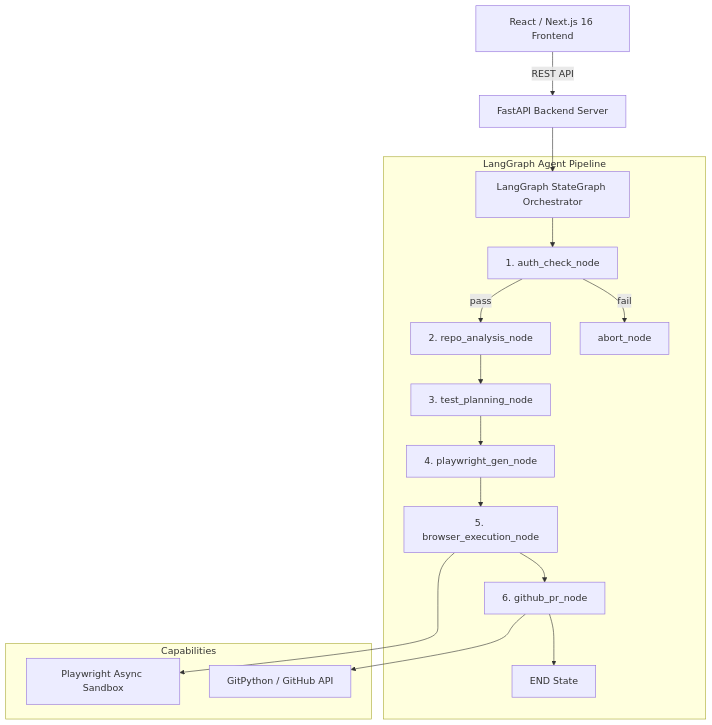
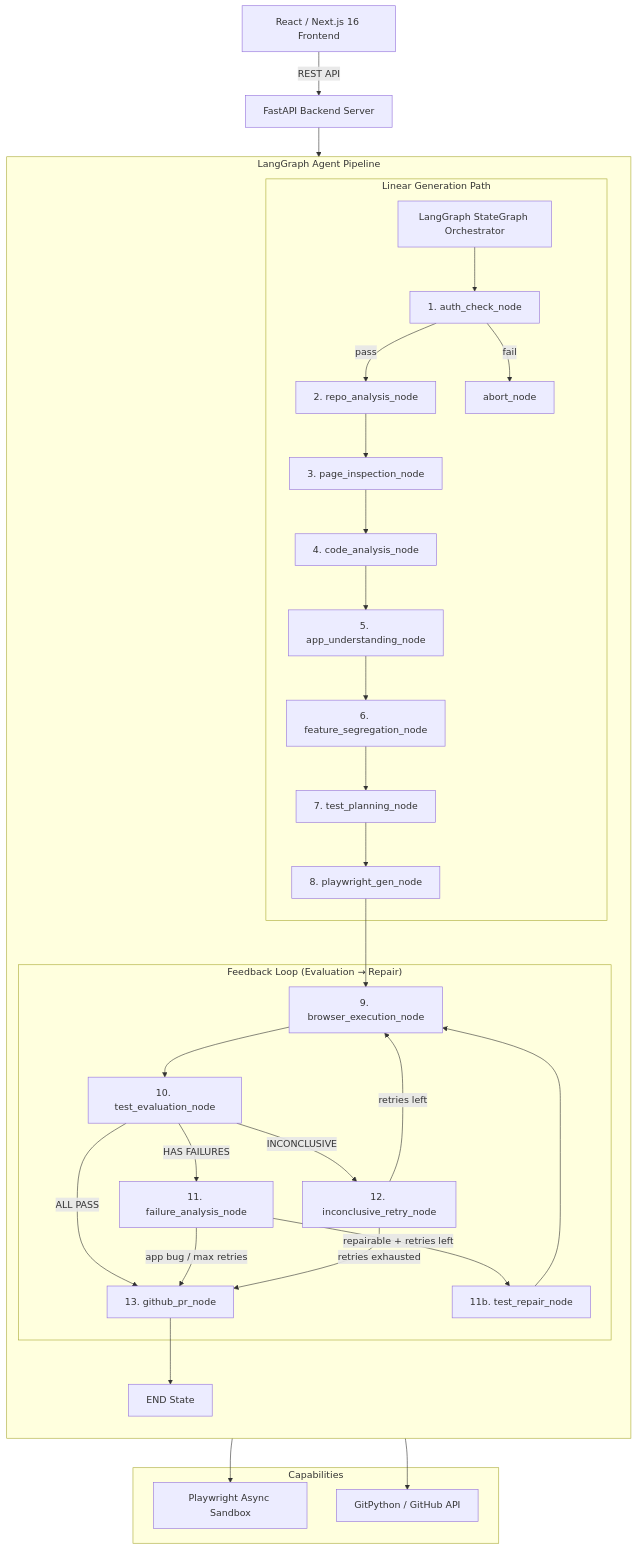
Before and after one commit to suriyaprakash500/Testpilot-AI: the diagram in docs/architecture.md, drawn with Mermaid. The commit also changed other lines of this file and 13 other files, not shown here.

Commit message:
feat(graph): refactor pipeline to feedback-loop agentic architecture with test repair and evaluation

````diff
--- a/docs/architecture.md
+++ b/docs/architecture.md
@@ -38,21 +46,40 @@
 ```mermaid
 flowchart TD
     FE["React / Next.js 16 Frontend"] -->|REST API| API["FastAPI Backend Server"]
     API --> GRAPH["LangGraph StateGraph Orchestrator"]
 
     subgraph Pipeline["LangGraph Agent Pipeline"]
-        GRAPH --> AUTH["1. auth_check_node"]
-        AUTH -->|pass| REPO["2. repo_analysis_node"]
-        AUTH -->|fail| ABORT["abort_node"]
-        REPO --> PLAN["3. test_planning_node"]
-        PLAN --> GEN["4. playwright_gen_node"]
-        GEN --> EXEC["5. browser_execution_node"]
-        EXEC --> PR["6. github_pr_node"]
+        direction TB
+        subgraph Linear["Linear Generation Path"]
+            GRAPH --> AUTH["1. auth_check_node"]
+            AUTH -->|pass| REPO["2. repo_analysis_node"]
+            AUTH -->|fail| ABORT["abort_node"]
+            REPO --> INSP["3. page_inspection_node"]
+            INSP --> CODE["4. code_analysis_node"]
+            CODE --> UNDER["5. app_understanding_node"]
+            UNDER --> SEG["6. feature_segregation_node"]
+            SEG --> PLAN["7. test_planning_node"]
+            PLAN --> GEN["8. playwright_gen_node"]
+        end
+
+        subgraph Feedback["Feedback Loop (Evaluation → Repair)"]
+            GEN --> EXEC["9. browser_execution_node"]
+            EXEC --> EVAL["10. test_evaluation_node"]
+            EVAL -->|ALL PASS| PR["13. github_pr_node"]
+            EVAL -->|HAS FAILURES| FAIL_A["11. failure_analysis_node"]
+            EVAL -->|INCONCLUSIVE| INCONC["12. inconclusive_retry_node"]
+            FAIL_A -->|repairable + retries left| REPAIR["11b. test_repair_node"]
+            FAIL_A -->|app bug / max retries| PR
+            REPAIR --> EXEC
+            INCONC -->|retries left| EXEC
+            INCONC -->|retries exhausted| PR
+        end
+
         PR --> DONE["END State"]
     end
 
     subgraph Capabilities["Capabilities"]
         EXEC --> PW["Playwright Async Sandbox"]
         PR --> GIT["GitPython / GitHub API"]
     end
 ```
````
